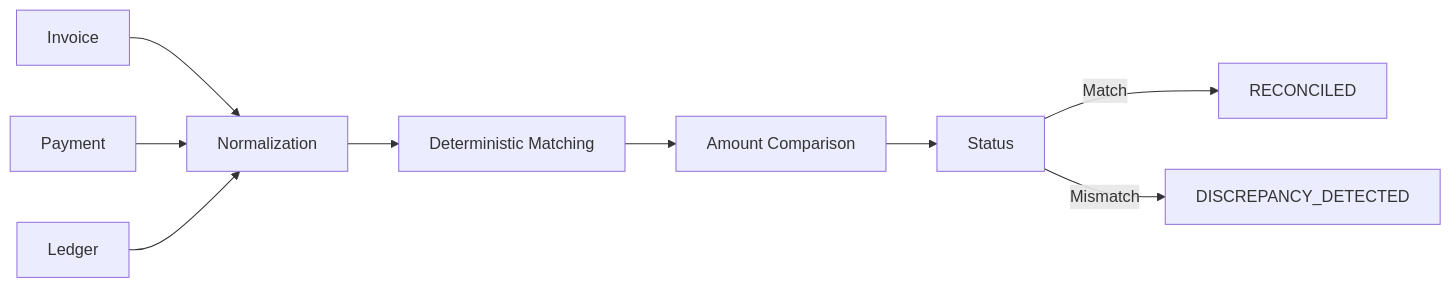
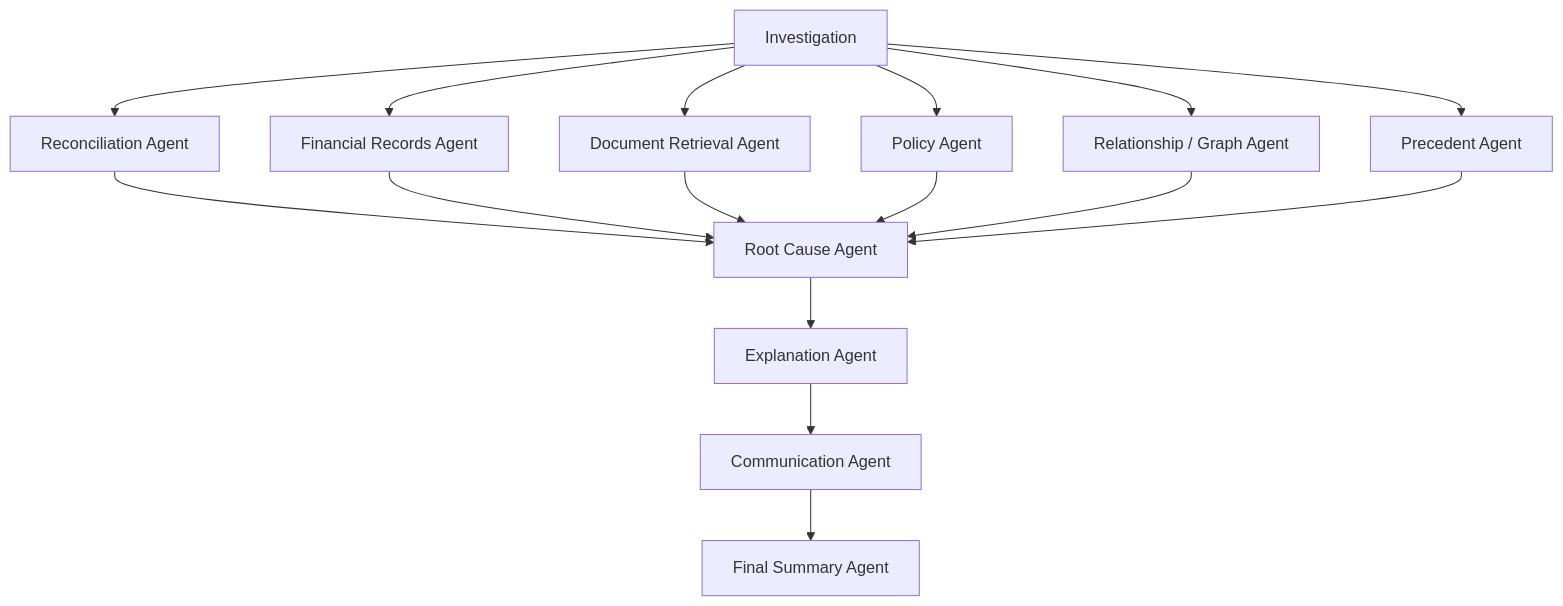
One commit to ChibuezeWilly/AI-Powered-Financial-Close-System changed the fifth of 23 diagrams in README.md. Above: the diagram before and after it, drawn with Mermaid. The commit also changed other lines of this file and 28 other files, not shown here.

````diff
--- a/README.md
+++ b/README.md
@@ -822,21 +689,43 @@
 ```mermaid
+flowchart TB
 
-flowchart LR
+    INVESTIGATION[Investigation]
 
-    A[Invoice] --> D[Normalization]
+    RECON[Reconciliation Agent]
 
-    B[Payment] --> D
+    FINANCIAL[Financial Records Agent]
 
-    C[Ledger] --> D
+    RETRIEVAL[Document Retrieval Agent]
 
-    D --> E[Deterministic Matching]
+    POLICY[Policy Agent]
 
-    E --> F[Amount Comparison]
+    GRAPH[Relationship / Graph Agent]
 
-    F --> G[Status]
+    PRECEDENT[Precedent Agent]
 
-    G -->|Match| H[RECONCILED]
+    ROOT[Root Cause Agent]
 
-    G -->|Mismatch| I[DISCREPANCY_DETECTED]
+    EXPLANATION[Explanation Agent]
 
+    COMMUNICATION[Communication Agent]
+
+    SUMMARY[Final Summary Agent]
+
+    INVESTIGATION --> RECON
+    INVESTIGATION --> FINANCIAL
+    INVESTIGATION --> RETRIEVAL
+    INVESTIGATION --> POLICY
+    INVESTIGATION --> GRAPH
+    INVESTIGATION --> PRECEDENT
+
+    RECON --> ROOT
+    FINANCIAL --> ROOT
+    RETRIEVAL --> ROOT
+    POLICY --> ROOT
+    GRAPH --> ROOT
+    PRECEDENT --> ROOT
+
+    ROOT --> EXPLANATION
+    EXPLANATION --> COMMUNICATION
+    COMMUNICATION --> SUMMARY
 ```
````
